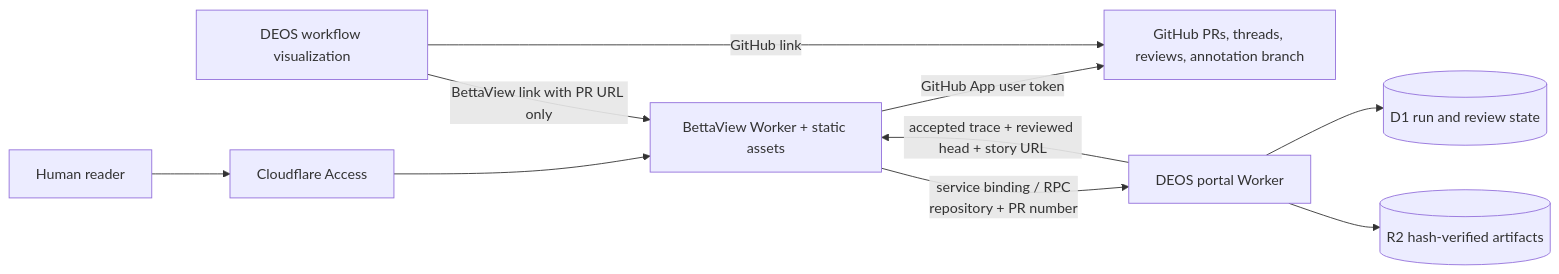
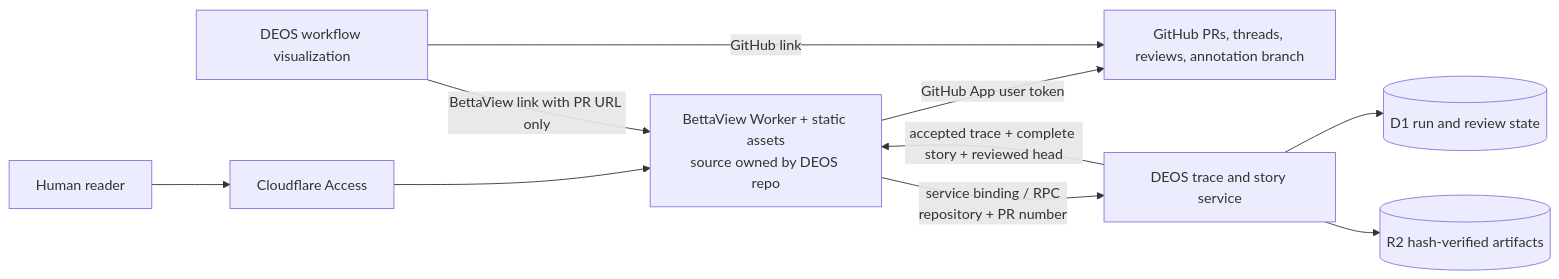
One commit to sachinkundu/deos changed the diagram in docs/bettaview-cloud-review-plan.md. Above: the diagram before and after it, drawn with Mermaid. The commit also changed other lines of this file, not shown here.

Commit message:
docs: integrate BettaView into DEOS plan

````diff
--- a/docs/bettaview-cloud-review-plan.md
+++ b/docs/bettaview-cloud-review-plan.md
@@ -72,12 +77,12 @@
 ```mermaid
 flowchart LR
     Reader[Human reader] --> Access[Cloudflare Access]
-    Access --> BV[BettaView Worker + static assets]
+    Access --> BV[BettaView Worker + static assets<br/>source owned by DEOS repo]
     BV -->|GitHub App user token| GH[GitHub PRs, threads, reviews, annotation branch]
-    BV -->|service binding / RPC<br/>repository + PR number| DEOS[DEOS portal Worker]
+    BV -->|service binding / RPC<br/>repository + PR number| DEOS[DEOS trace and story service]
     DEOS --> D1[(D1 run and review state)]
     DEOS --> R2[(R2 hash-verified artifacts)]
-    DEOS -->|accepted trace + reviewed head + story URL| BV
+    DEOS -->|accepted trace + complete story + reviewed head| BV
     DEOSUI[DEOS workflow visualization] -->|GitHub link| GH
     DEOSUI -->|BettaView link with PR URL only| BV
 ```
````
